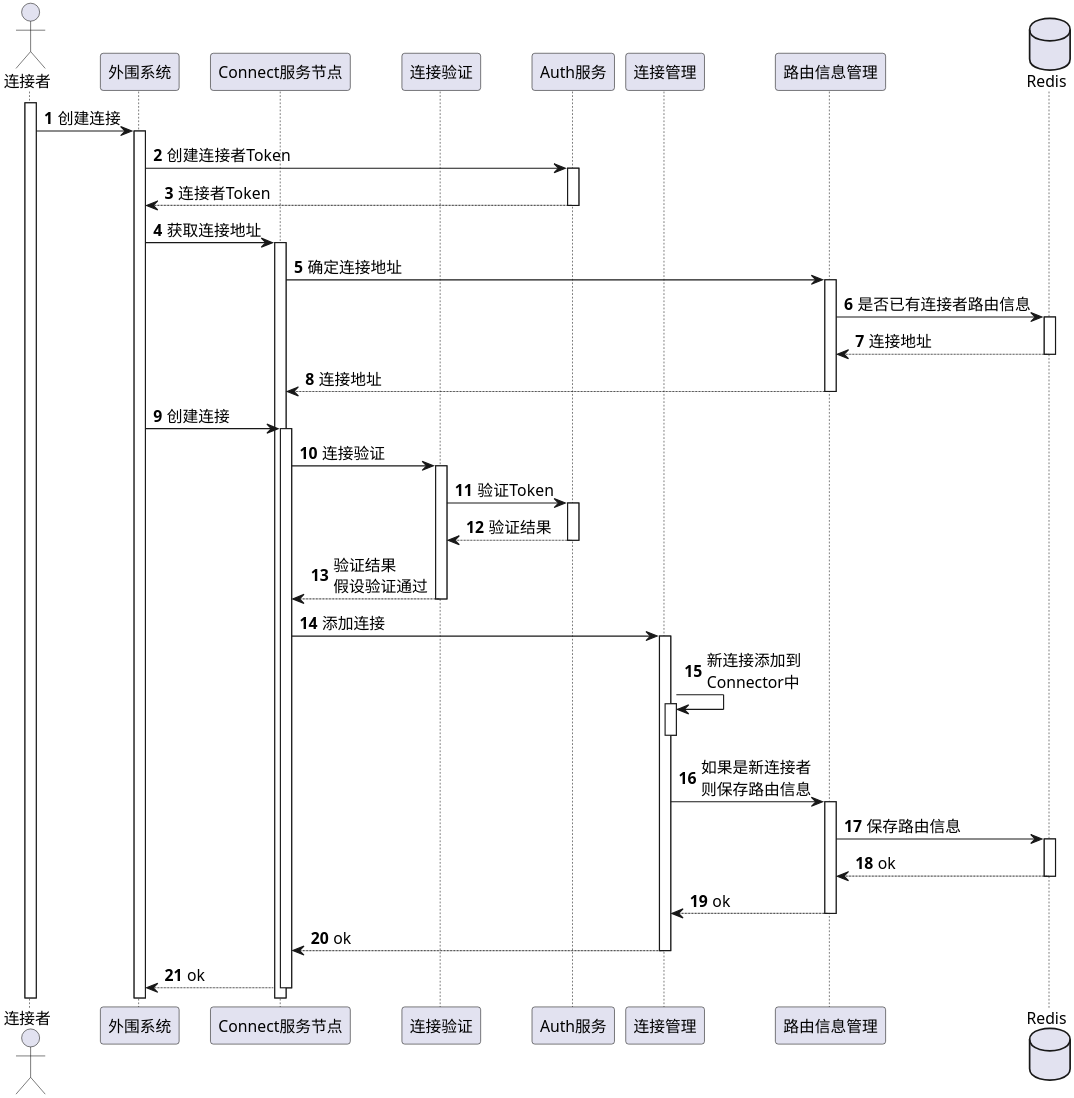
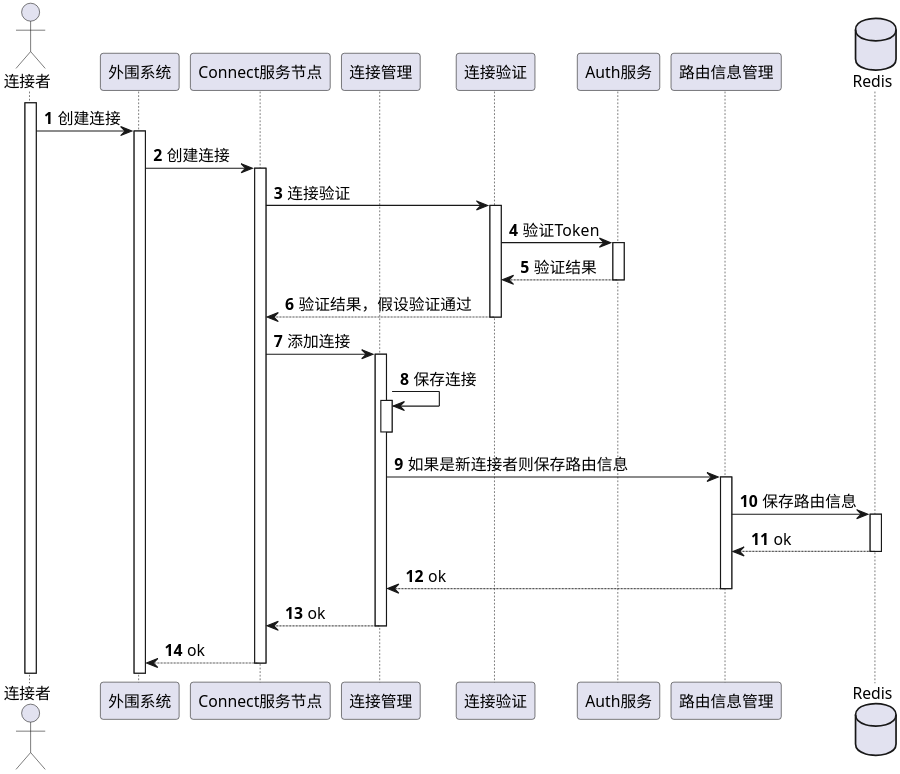
One commit to Etherealss/MessagePusher changed the diagram in uml/connect/时序图 无网关.puml. Above: the diagram before and after it, drawn with PlantUML. The commit also changed 3 other files, not shown here.

Commit message:
feature: uml

```diff
--- a/uml/connect/时序图 无网关.puml
+++ b/uml/connect/时序图 无网关.puml
@@ -1,47 +1,40 @@
 @startuml
 
 'https://plantuml.com/sequence-diagram
 
 skinparam shadowing false
 skinparam defaultFontName xfonts-wqy
 skinparam dpi 300
 skinparam activity  {
     DiamondFontSize 14
     ArrowFontSize 14
     FontSize 14
 }
 autonumber
 
 actor 连接者 as Client
 participant 外围系统 as Server
 participant Connect服务节点 as Connect
+participant 连接管理 as ServerConnContainer
 participant 连接验证 as ConnAuthHandler
 participant Auth服务 as AuthServer
-participant 连接管理 as ServerConnContainer
 participant 路由信息管理 as RouteAddressManager
 database Redis
 
 activate Client
 Client -> Server ++: 创建连接
-Server -> AuthServer ++: 创建连接者Token
-return 连接者Token
-Server -> Connect ++: 获取连接地址
-Connect -> RouteAddressManager ++: 确定连接地址
-RouteAddressManager -> Redis ++: 是否已有连接者路由信息
-return 连接地址
-return 连接地址
 Server -> Connect ++: 创建连接
 Connect -> ConnAuthHandler ++: 连接验证
 ConnAuthHandler -> AuthServer ++: 验证Token
 return 验证结果
-return 验证结果\n假设验证通过
+return 验证结果，假设验证通过
 Connect -> ServerConnContainer ++: 添加连接
-ServerConnContainer -> ServerConnContainer++--: 新连接添加到\nConnector中
-ServerConnContainer -> RouteAddressManager++: 如果是新连接者\n则保存路由信息
+ServerConnContainer -> ServerConnContainer++--: 保存连接
+ServerConnContainer -> RouteAddressManager++: 如果是新连接者则保存路由信息
 RouteAddressManager -> Redis ++: 保存路由信息
 return ok
 return ok
 return ok
 return ok
 
 @enduml
```
